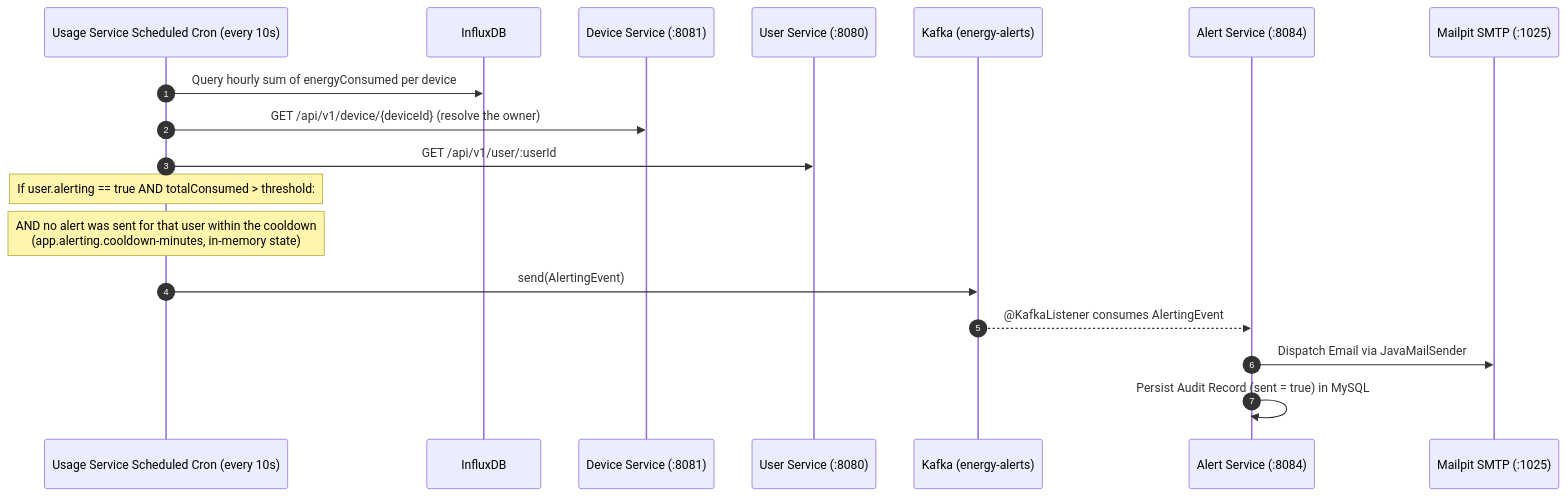
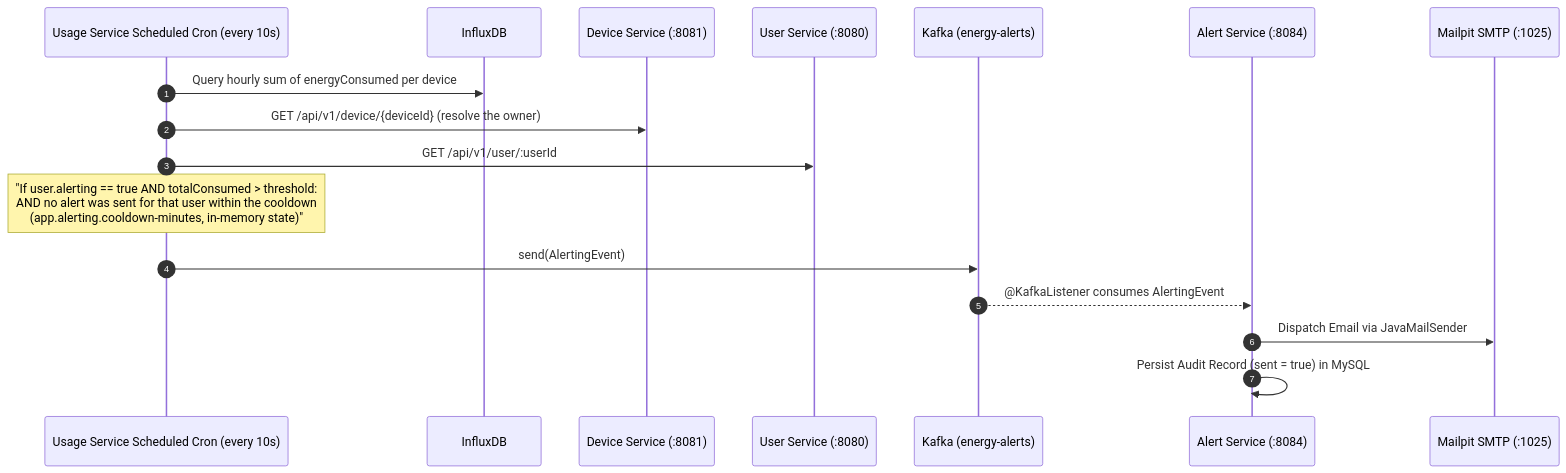
One commit to PagarciaSima/ENERGY_TRACKER_MICROSERVICES changed the third of 5 diagrams in README.md. Above: the diagram before and after it, drawn with Mermaid. The commit also changed other lines of this file and 5 other files, not shown here.

````diff
--- a/README.md
+++ b/README.md
@@ -244,21 +244,20 @@
 ```mermaid
 sequenceDiagram
     autonumber
     participant Scheduler as Usage Service Scheduled Cron (every 10s)
     participant Influx as InfluxDB
     participant DeviceSvc as Device Service (:8081)
     participant UserSvc as User Service (:8080)
     participant Kafka as Kafka (energy-alerts)
     participant AlertSvc as Alert Service (:8084)
     participant Mailpit as Mailpit SMTP (:1025)
 
     Scheduler->>Influx: Query hourly sum of energyConsumed per device
     Scheduler->>DeviceSvc: GET /api/v1/device/{deviceId} (resolve the owner)
     Scheduler->>UserSvc: GET /api/v1/user/:userId
-    Note over Scheduler: If user.alerting == true AND totalConsumed > threshold:
-    Note over Scheduler: AND no alert was sent for that user within the cooldown<br/>(app.alerting.cooldown-minutes, in-memory state)
+    Note over Scheduler: "If user.alerting == true AND totalConsumed > threshold:<br/>AND no alert was sent for that user within the cooldown<br/>(app.alerting.cooldown-minutes, in-memory state)"
     Scheduler->>Kafka: send(AlertingEvent)
     Kafka-->>AlertSvc: @KafkaListener consumes AlertingEvent
     AlertSvc->>Mailpit: Dispatch Email via JavaMailSender
     AlertSvc->>AlertSvc: Persist Audit Record (sent = true) in MySQL
 ```
````
